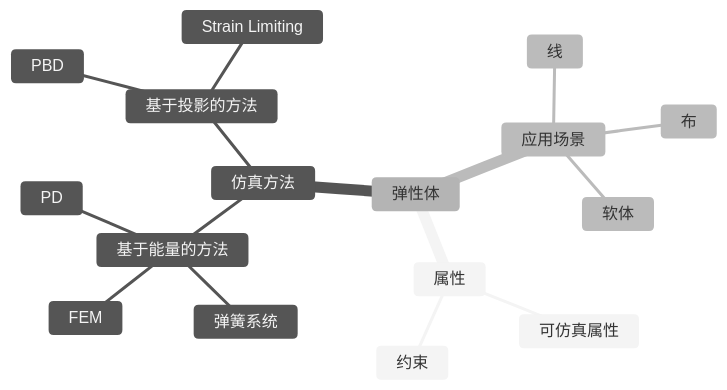
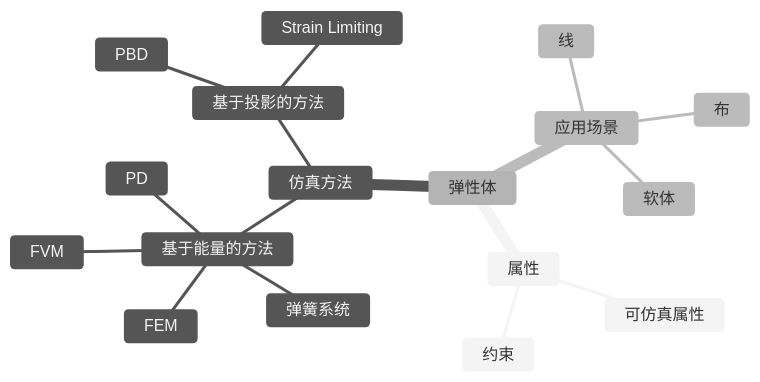
Before and after one commit to CaterpillarStudyGroup/GAMES103_mdbook: the diagram in src/Elastic/Elastic.md, drawn with Mermaid (neutral theme). The commit also changed 5 other files, not shown here.

````diff
--- a/src/Elastic/Elastic.md
+++ b/src/Elastic/Elastic.md
@@ -1,19 +1,20 @@
 ```mermaid
 mindmap
 弹性体
     属性
         可仿真属性
         约束
     仿真方法
         基于能量的方法
             弹簧系统
             PD
             FEM
+            FVM
         基于投影的方法
             PBD
             Strain Limiting
     应用场景
         线
         布
         软体
 ```
````
